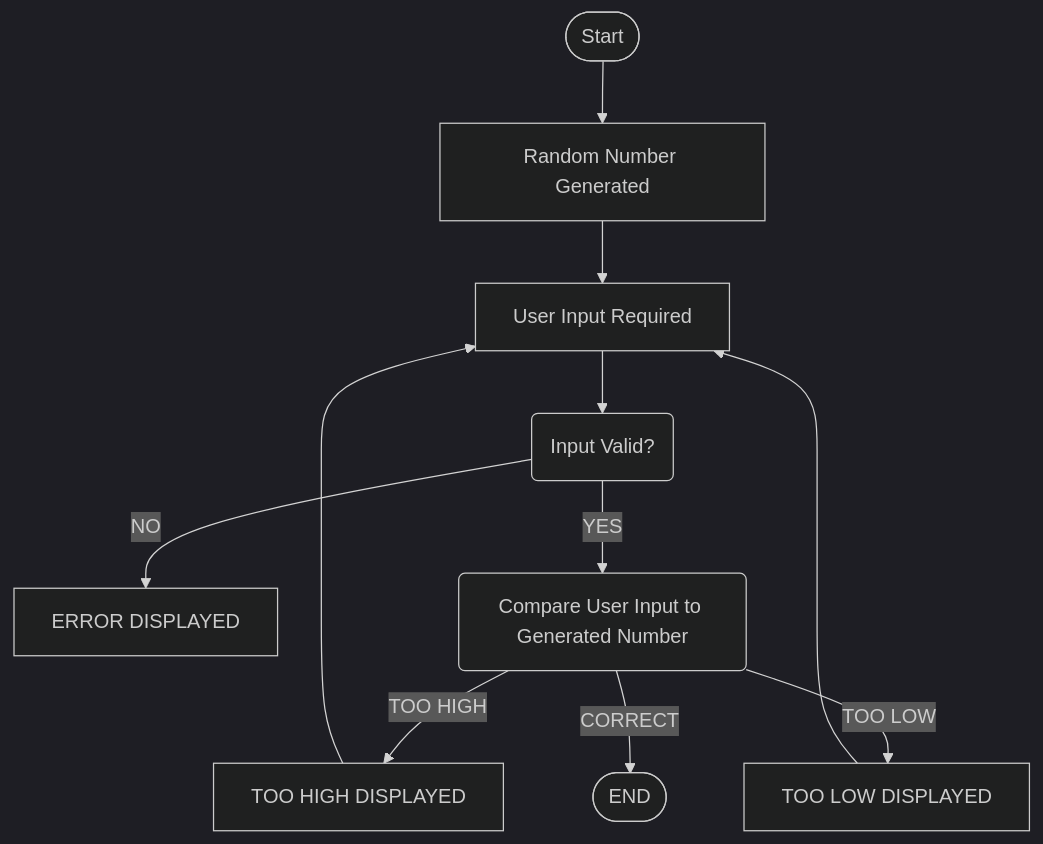
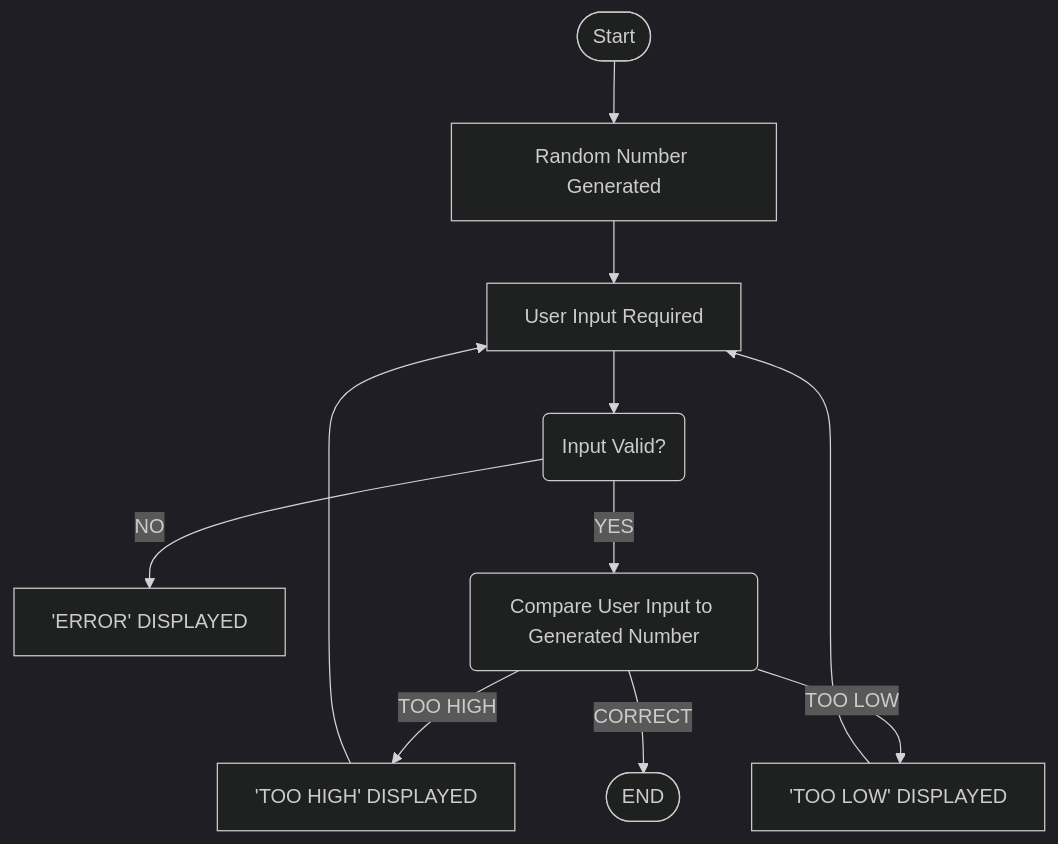
One commit to dhill5/dhill5.github.io changed the diagram in Guessing.md. Above: the diagram before and after it, drawn with Mermaid (dark theme).

````diff
--- a/Guessing.md
+++ b/Guessing.md
@@ -1,13 +1,13 @@
 ```mermaid
 flowchart TD
 A([Start])--> B[Random Number Generated]
 B --> C[User Input Required]
 C --> D(Input Valid?)
-D --> |NO| E["ERROR" DISPLAYED]
+D --> |NO| E['ERROR' DISPLAYED]
 D --> |YES| F(Compare User Input to Generated Number)
-F --> |TOO HIGH| G["TOO HIGH" DISPLAYED]
+F --> |TOO HIGH| G['TOO HIGH' DISPLAYED]
 G --> C
-F --> |TOO LOW| H["TOO LOW" DISPLAYED]
+F --> |TOO LOW| H['TOO LOW' DISPLAYED]
 H --> C
 F --> |CORRECT| I([END])
 ```
````
